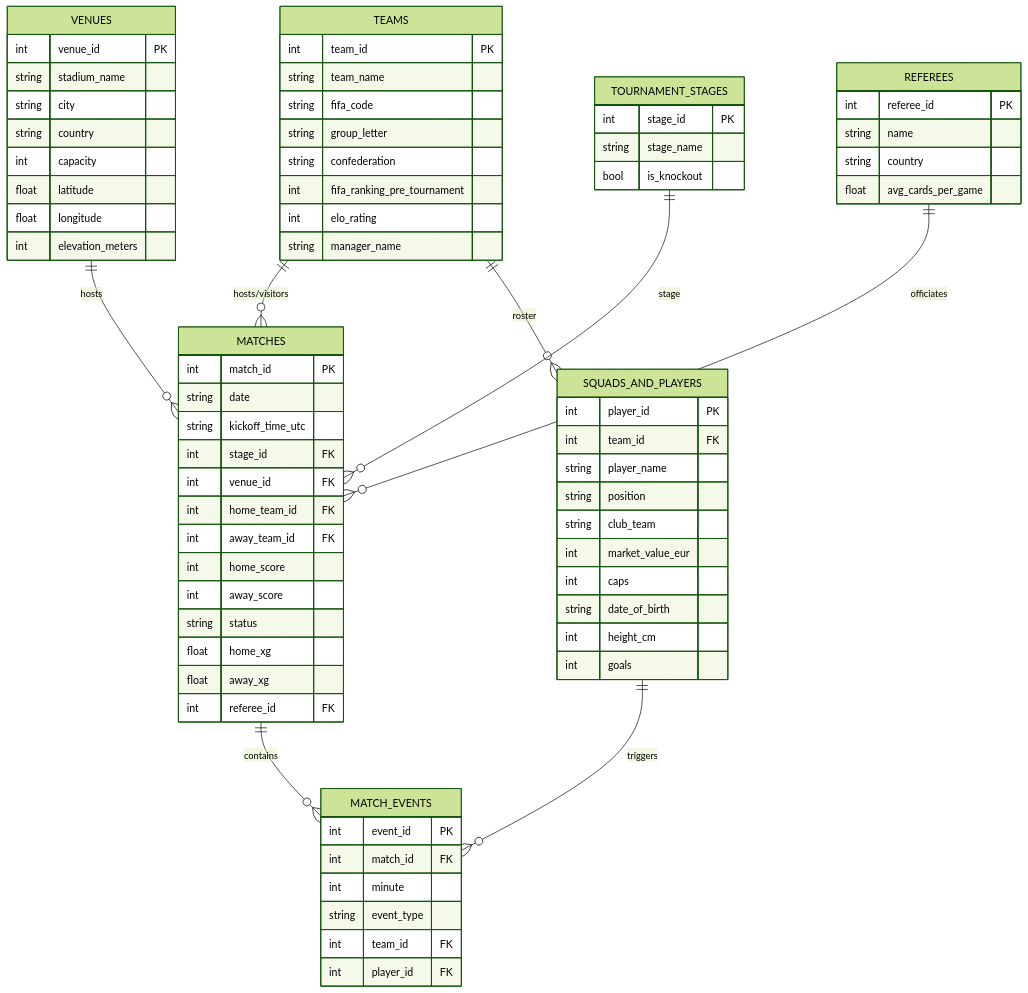
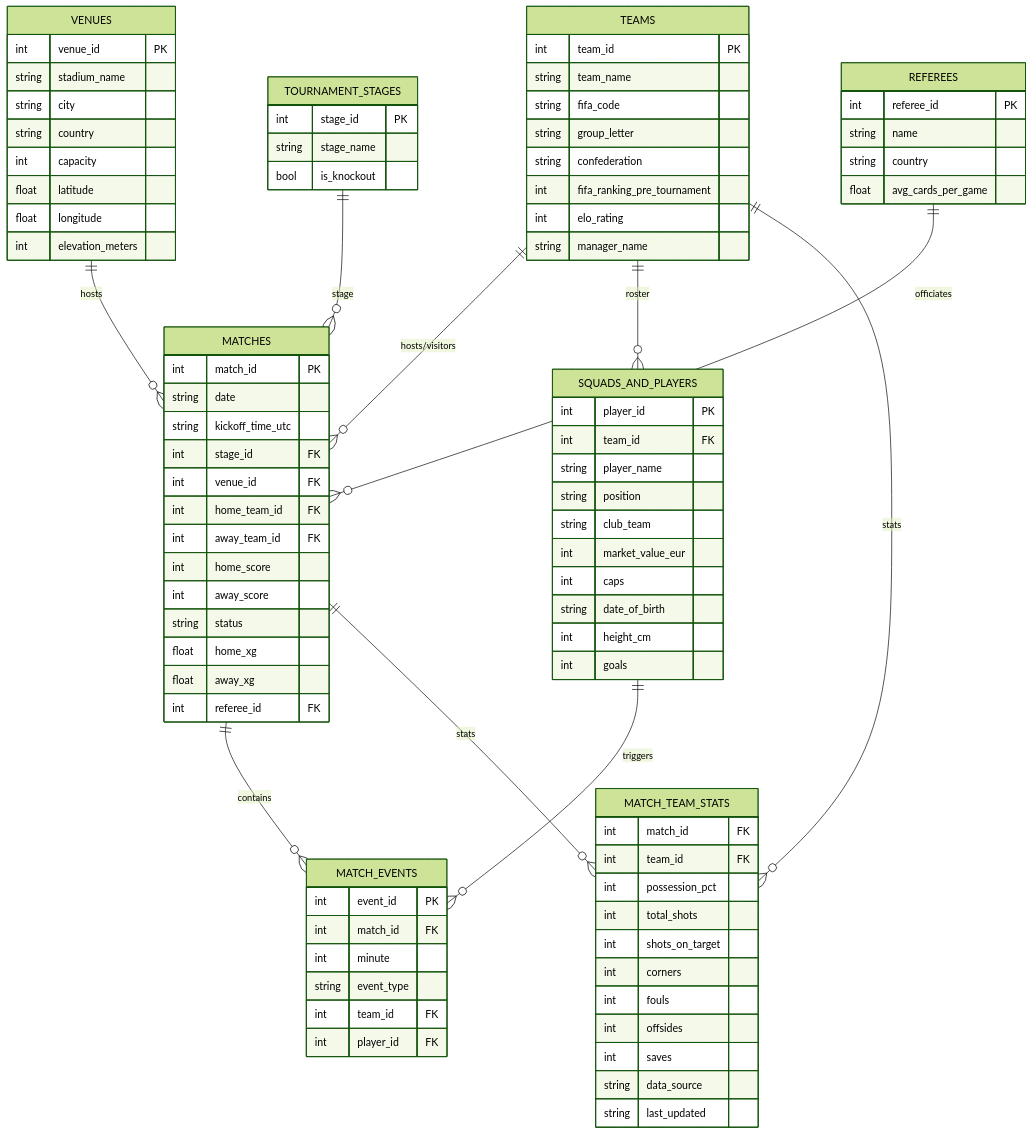
One commit to mominullptr/FIFA-World-Cup-2026-Dataset changed the diagram in README.md. Above: the diagram before and after it, drawn with Mermaid (forest theme). The commit also changed other lines of this file and 8 other files, not shown here.

Commit message:
Update match details, assists, and team stats for matches 1-32

````diff
--- a/README.md
+++ b/README.md
@@ -92,4 +93,19 @@
     REFEREES ||--o{ MATCHES : "officiates"
     MATCHES ||--o{ MATCH_EVENTS : "contains"
     SQUADS_AND_PLAYERS ||--o{ MATCH_EVENTS : "triggers"
+    MATCH_TEAM_STATS {
+        int match_id FK
+        int team_id FK
+        int possession_pct
+        int total_shots
+        int shots_on_target
+        int corners
+        int fouls
+        int offsides
+        int saves
+        string data_source
+        string last_updated
+    }
+    MATCHES ||--o{ MATCH_TEAM_STATS : "stats"
+    TEAMS ||--o{ MATCH_TEAM_STATS : "stats"
 ```
````
